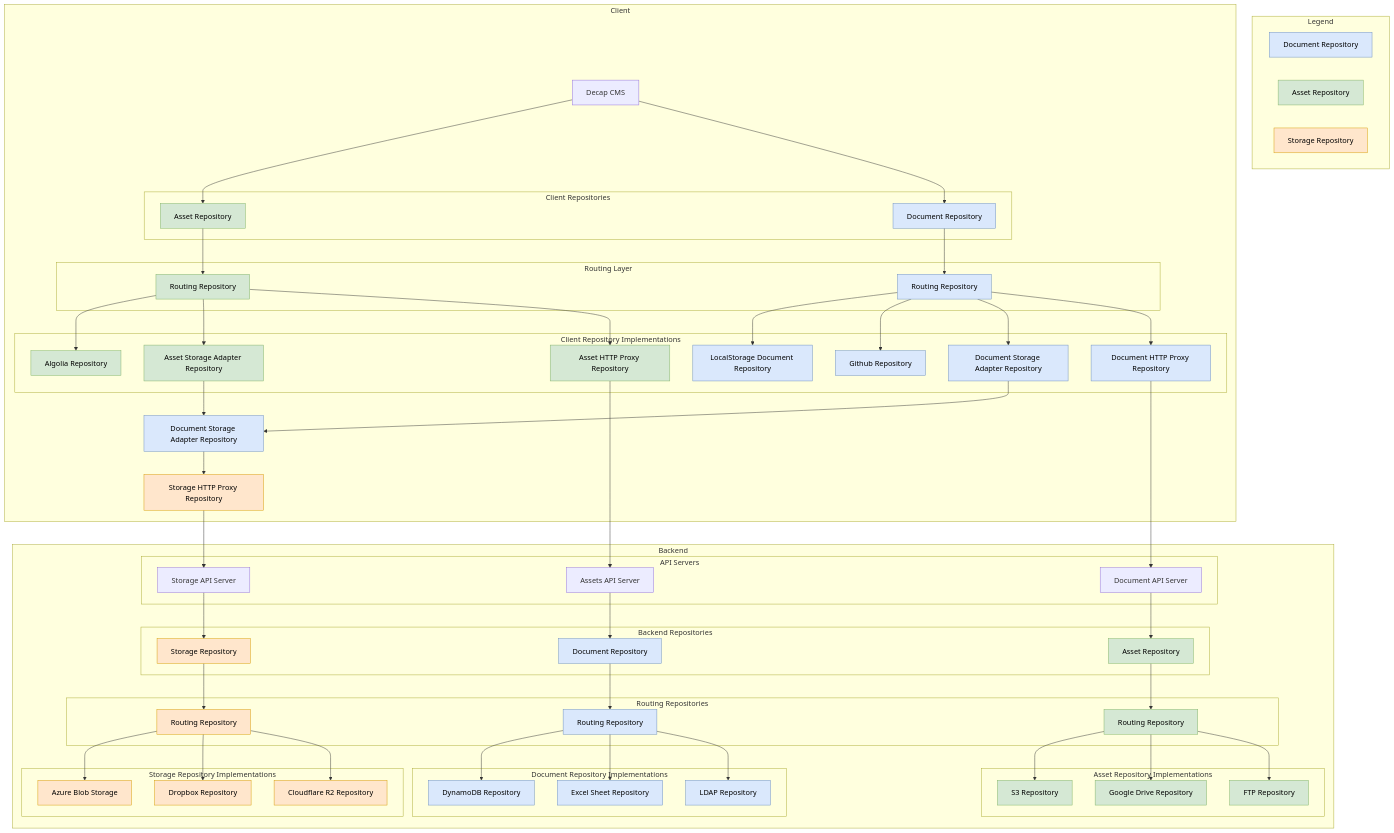
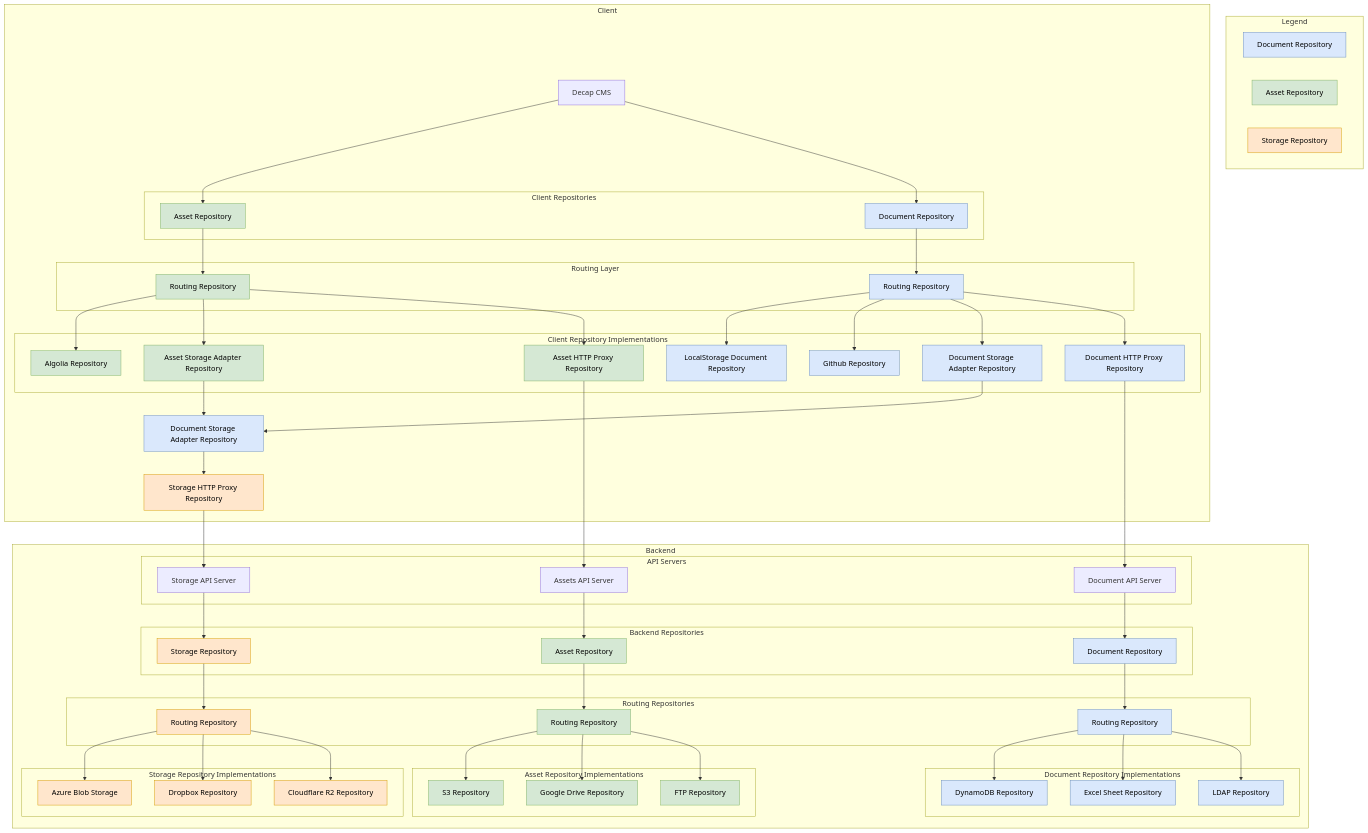
Before and after one commit to laikacms/laikacms: the first of 3 diagrams in docs/repositories.md, drawn with Mermaid.

Commit message:
fix(docs): correct swapped API-server→repo arrows in repositories.md Mermaid diagram (LCMS-082)

```diff
--- a/docs/repositories.md
+++ b/docs/repositories.md
@@ -114,8 +114,8 @@
     StorageHTTPProxy --> StorageAPIServer
     
     %% Backend Flow
-    AssetsAPIServer --> BackendDocRepo
-    DocumentAPIServer --> BackendAssetRepo
+    AssetsAPIServer --> BackendAssetRepo
+    DocumentAPIServer --> BackendDocRepo
     StorageAPIServer --> BackendStorageRepo
     
     BackendDocRepo --> DocRoutingBackend
```
